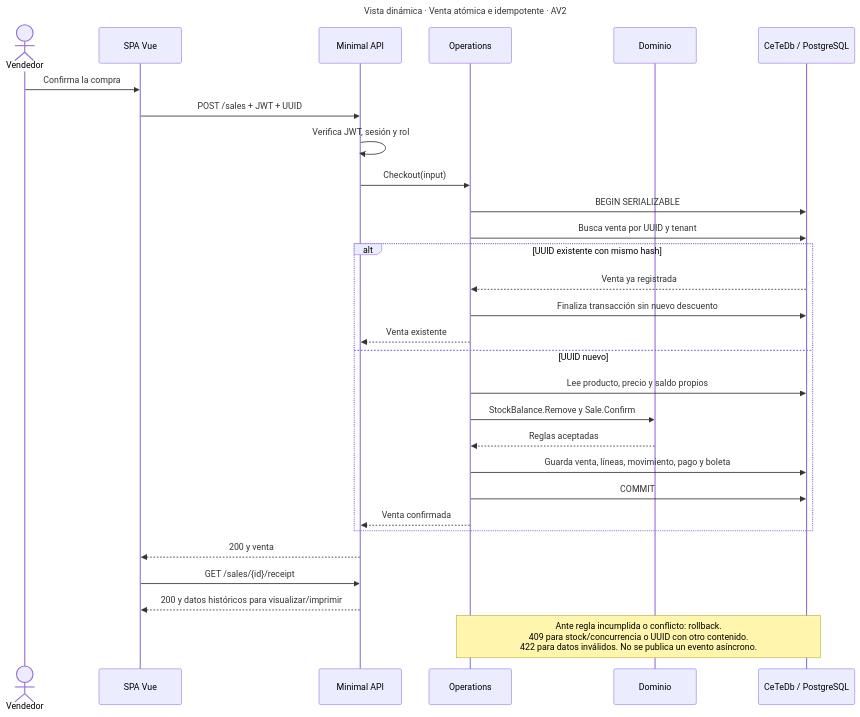
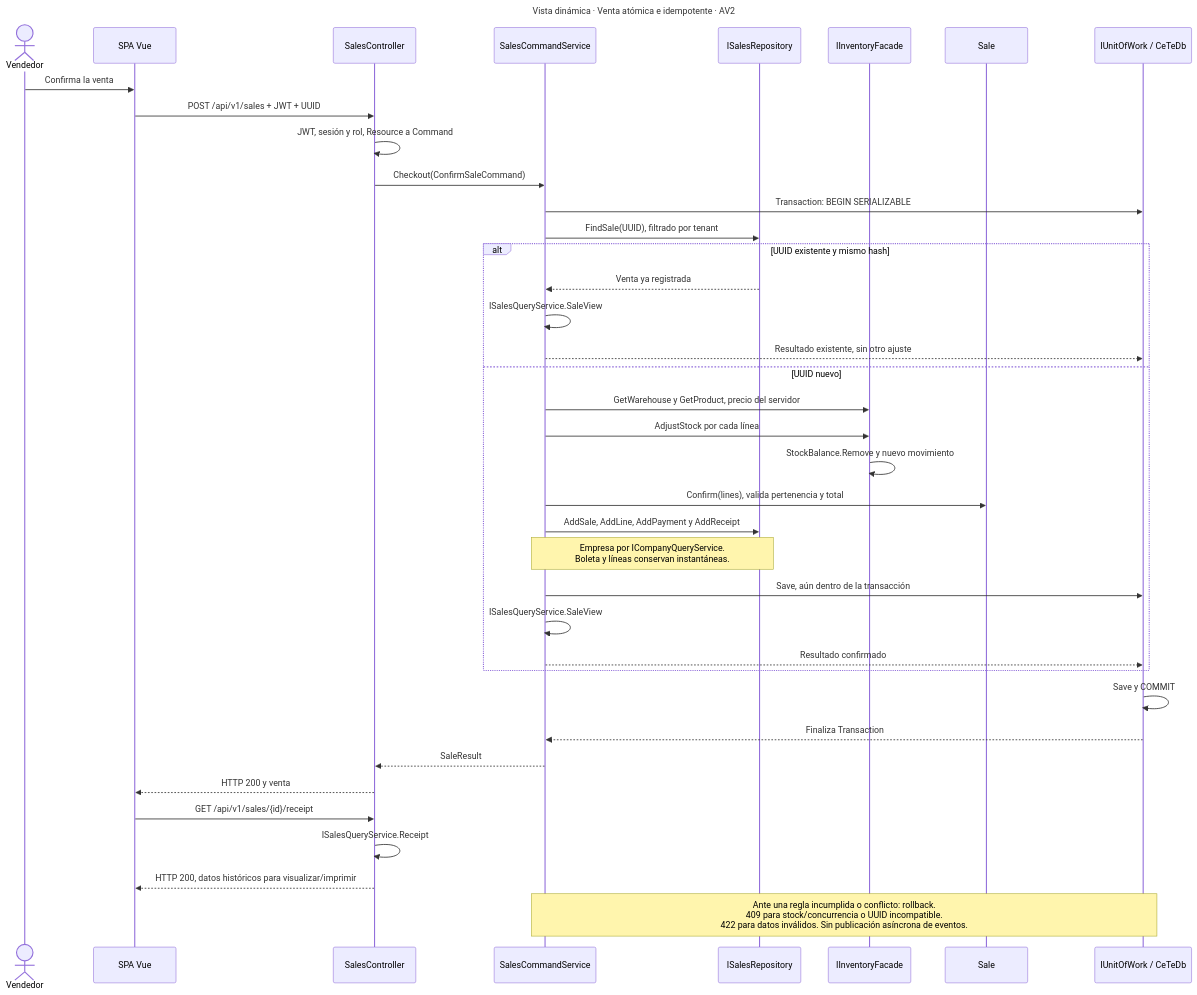
One commit to Nexxus-ops/Report-CeTe changed the diagram in diagrams/sequence-checkout.mmd. Above: the diagram before and after it, drawn with Mermaid. The commit also changed 34 other files, not shown here.

Commit message:
docs(architecture): align report with deployed DDD contexts

```diff
--- a/diagrams/sequence-checkout.mmd
+++ b/diagrams/sequence-checkout.mmd
@@ -1,32 +1,41 @@
 ---
 title: Vista dinámica · Venta atómica e idempotente · AV2
 ---
 sequenceDiagram
   actor U as Vendedor
   participant V as SPA Vue
-  participant A as Minimal API
-  participant O as Operations
-  participant D as Dominio
-  participant P as CeTeDb / PostgreSQL
-  U->>V: Confirma la compra
-  V->>A: POST /sales + JWT + UUID
-  A->>A: Verifica JWT, sesión y rol
-  A->>O: Checkout(input)
-  O->>P: BEGIN SERIALIZABLE
-  O->>P: Busca venta por UUID y tenant
-  alt UUID existente con mismo hash
-    P-->>O: Venta ya registrada
-    O->>P: Finaliza transacción sin nuevo descuento
-    O-->>A: Venta existente
+  participant A as SalesController
+  participant O as SalesCommandService
+  participant R as ISalesRepository
+  participant I as IInventoryFacade
+  participant D as Sale
+  participant P as IUnitOfWork / CeTeDb
+  U->>V: Confirma la venta
+  V->>A: POST /api/v1/sales + JWT + UUID
+  A->>A: JWT, sesión y rol, Resource a Command
+  A->>O: Checkout(ConfirmSaleCommand)
+  O->>P: Transaction: BEGIN SERIALIZABLE
+  O->>R: FindSale(UUID), filtrado por tenant
+  alt UUID existente y mismo hash
+    R-->>O: Venta ya registrada
+    O->>O: ISalesQueryService.SaleView
+    O-->>P: Resultado existente, sin otro ajuste
   else UUID nuevo
-    O->>P: Lee producto, precio y saldo propios
-    O->>D: StockBalance.Remove y Sale.Confirm
-    D-->>O: Reglas aceptadas
-    O->>P: Guarda venta, líneas, movimiento, pago y boleta
-    O->>P: COMMIT
-    O-->>A: Venta confirmada
+    O->>I: GetWarehouse y GetProduct, precio del servidor
+    O->>I: AdjustStock por cada línea
+    I->>I: StockBalance.Remove y nuevo movimiento
+    O->>D: Confirm(lines), valida pertenencia y total
+    O->>R: AddSale, AddLine, AddPayment y AddReceipt
+    Note over O,R: Empresa por ICompanyQueryService.<br/>Boleta y líneas conservan instantáneas.
+    O->>P: Save, aún dentro de la transacción
+    O->>O: ISalesQueryService.SaleView
+    O-->>P: Resultado confirmado
   end
-  A-->>V: 200 y venta
-  V->>A: GET /sales/{id}/receipt
-  A-->>V: 200 y datos históricos para visualizar/imprimir
-  Note over O,P: Ante regla incumplida o conflicto: rollback.<br/>409 para stock/concurrencia o UUID con otro contenido.<br/>422 para datos inválidos. No se publica un evento asíncrono.
+  P->>P: Save y COMMIT
+  P-->>O: Finaliza Transaction
+  O-->>A: SaleResult
+  A-->>V: HTTP 200 y venta
+  V->>A: GET /api/v1/sales/{id}/receipt
+  A->>A: ISalesQueryService.Receipt
+  A-->>V: HTTP 200, datos históricos para visualizar/imprimir
+  Note over O,P: Ante una regla incumplida o conflicto: rollback.<br/>409 para stock/concurrencia o UUID incompatible.<br/>422 para datos inválidos. Sin publicación asíncrona de eventos.
```
